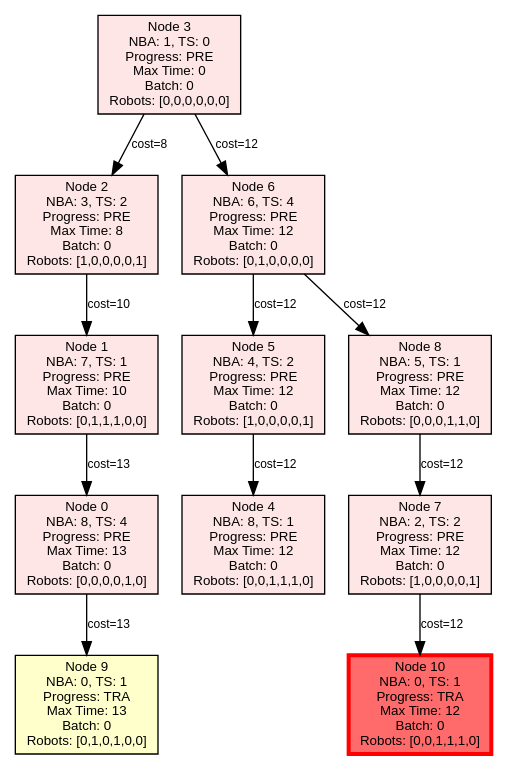
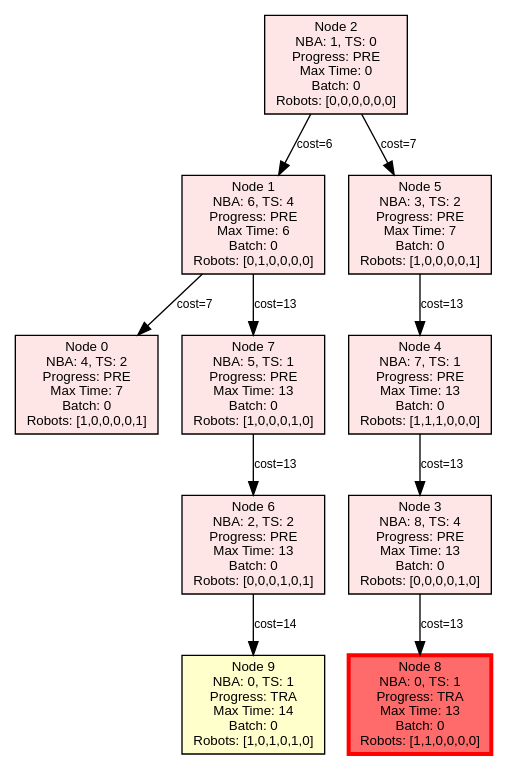
One commit to jrourke48/HMRTA_TS_GENERATION changed the diagram in MCTB-PDT/output/finite_test_3_tree.dot. Above: the diagram before and after it, drawn with Graphviz. The commit also changed 86 other files, not shown here.

```diff
--- a/MCTB-PDT/output/finite_test_3_tree.dot
+++ b/MCTB-PDT/output/finite_test_3_tree.dot
@@ -1,28 +1,26 @@
 digraph PlanningTree {
   rankdir=TB;
   node [shape=box, style=filled, fontname=Arial, fontsize=10];
   edge [fontname=Arial, fontsize=9];
 
-  node_0 [label="Node 0\nNBA: 8, TS: 4\nProgress: PRE\nMax Time: 13\nBatch: 0\nRobots: [0,0,0,0,1,0]", fillcolor="#FFE6E6"];
-  node_1 [label="Node 1\nNBA: 7, TS: 1\nProgress: PRE\nMax Time: 10\nBatch: 0\nRobots: [0,1,1,1,0,0]", fillcolor="#FFE6E6"];
-  node_2 [label="Node 2\nNBA: 3, TS: 2\nProgress: PRE\nMax Time: 8\nBatch: 0\nRobots: [1,0,0,0,0,1]", fillcolor="#FFE6E6"];
-  node_3 [label="Node 3\nNBA: 1, TS: 0\nProgress: PRE\nMax Time: 0\nBatch: 0\nRobots: [0,0,0,0,0,0]", fillcolor="#FFE6E6"];
-  node_4 [label="Node 4\nNBA: 8, TS: 1\nProgress: PRE\nMax Time: 12\nBatch: 0\nRobots: [0,0,1,1,1,0]", fillcolor="#FFE6E6"];
-  node_5 [label="Node 5\nNBA: 4, TS: 2\nProgress: PRE\nMax Time: 12\nBatch: 0\nRobots: [1,0,0,0,0,1]", fillcolor="#FFE6E6"];
-  node_6 [label="Node 6\nNBA: 6, TS: 4\nProgress: PRE\nMax Time: 12\nBatch: 0\nRobots: [0,1,0,0,0,0]", fillcolor="#FFE6E6"];
-  node_7 [label="Node 7\nNBA: 2, TS: 2\nProgress: PRE\nMax Time: 12\nBatch: 0\nRobots: [1,0,0,0,0,1]", fillcolor="#FFE6E6"];
-  node_8 [label="Node 8\nNBA: 5, TS: 1\nProgress: PRE\nMax Time: 12\nBatch: 0\nRobots: [0,0,0,1,1,0]", fillcolor="#FFE6E6"];
-  node_9 [label="Node 9\nNBA: 0, TS: 1\nProgress: TRA\nMax Time: 13\nBatch: 0\nRobots: [0,1,0,1,0,0]", fillcolor="#FFFFCC"];
-  node_10 [label="Node 10\nNBA: 0, TS: 1\nProgress: TRA\nMax Time: 12\nBatch: 0\nRobots: [0,0,1,1,1,0]", fillcolor="#FF6B6B", penwidth=3, color=red];
+  node_0 [label="Node 0\nNBA: 4, TS: 2\nProgress: PRE\nMax Time: 7\nBatch: 0\nRobots: [1,0,0,0,0,1]", fillcolor="#FFE6E6"];
+  node_1 [label="Node 1\nNBA: 6, TS: 4\nProgress: PRE\nMax Time: 6\nBatch: 0\nRobots: [0,1,0,0,0,0]", fillcolor="#FFE6E6"];
+  node_2 [label="Node 2\nNBA: 1, TS: 0\nProgress: PRE\nMax Time: 0\nBatch: 0\nRobots: [0,0,0,0,0,0]", fillcolor="#FFE6E6"];
+  node_3 [label="Node 3\nNBA: 8, TS: 4\nProgress: PRE\nMax Time: 13\nBatch: 0\nRobots: [0,0,0,0,1,0]", fillcolor="#FFE6E6"];
+  node_4 [label="Node 4\nNBA: 7, TS: 1\nProgress: PRE\nMax Time: 13\nBatch: 0\nRobots: [1,1,1,0,0,0]", fillcolor="#FFE6E6"];
+  node_5 [label="Node 5\nNBA: 3, TS: 2\nProgress: PRE\nMax Time: 7\nBatch: 0\nRobots: [1,0,0,0,0,1]", fillcolor="#FFE6E6"];
+  node_6 [label="Node 6\nNBA: 2, TS: 2\nProgress: PRE\nMax Time: 13\nBatch: 0\nRobots: [0,0,0,1,0,1]", fillcolor="#FFE6E6"];
+  node_7 [label="Node 7\nNBA: 5, TS: 1\nProgress: PRE\nMax Time: 13\nBatch: 0\nRobots: [1,0,0,0,1,0]", fillcolor="#FFE6E6"];
+  node_8 [label="Node 8\nNBA: 0, TS: 1\nProgress: TRA\nMax Time: 13\nBatch: 0\nRobots: [1,1,0,0,0,0]", fillcolor="#FF6B6B", penwidth=3, color=red];
+  node_9 [label="Node 9\nNBA: 0, TS: 1\nProgress: TRA\nMax Time: 14\nBatch: 0\nRobots: [1,0,1,0,1,0]", fillcolor="#FFFFCC"];
 
-  node_0 -> node_9 [label="cost=13"];
-  node_1 -> node_0 [label="cost=13"];
-  node_2 -> node_1 [label="cost=10"];
-  node_3 -> node_2 [label="cost=8"];
-  node_3 -> node_6 [label="cost=12"];
-  node_5 -> node_4 [label="cost=12"];
-  node_6 -> node_5 [label="cost=12"];
-  node_6 -> node_8 [label="cost=12"];
-  node_7 -> node_10 [label="cost=12"];
-  node_8 -> node_7 [label="cost=12"];
+  node_1 -> node_0 [label="cost=7"];
+  node_1 -> node_7 [label="cost=13"];
+  node_2 -> node_1 [label="cost=6"];
+  node_2 -> node_5 [label="cost=7"];
+  node_3 -> node_8 [label="cost=13"];
+  node_4 -> node_3 [label="cost=13"];
+  node_5 -> node_4 [label="cost=13"];
+  node_6 -> node_9 [label="cost=14"];
+  node_7 -> node_6 [label="cost=13"];
 }
```
